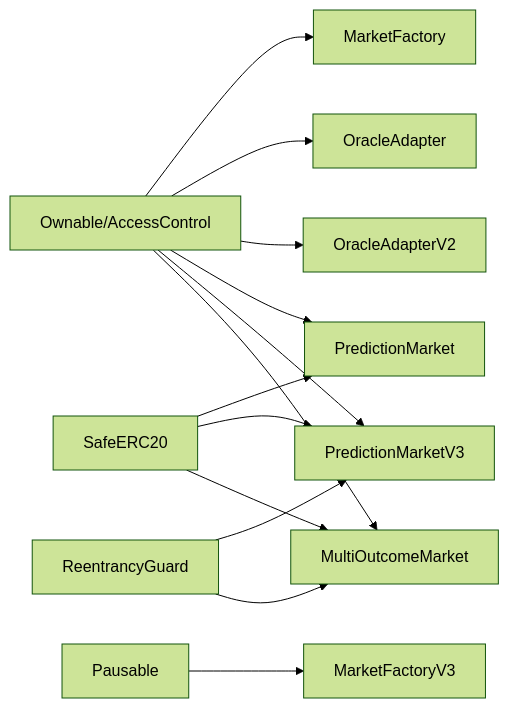
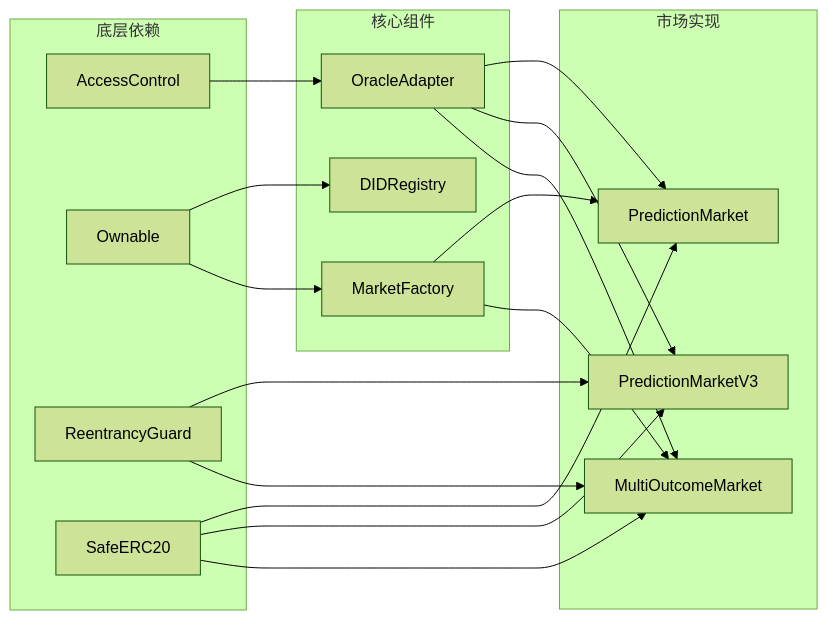
One commit to SimonHofman/PredictionDIDSimple changed diagram 11 of 11 in contracts/.qoder/repowiki/zh/content/架构设计/架构设计.md. Above: the diagram before and after it, drawn with Mermaid (forest theme). The commit also changed other lines of this file and 162 other files, not shown here.

````diff
--- a/contracts/.qoder/repowiki/zh/content/架构设计/架构设计.md
+++ b/contracts/.qoder/repowiki/zh/content/架构设计/架构设计.md
@@ -372,15 +422,32 @@
 ```mermaid
 graph LR
-OF["Ownable/AccessControl"] --> MF["MarketFactory"]
-OF --> OA["OracleAdapter"]
-OF --> OAV2["OracleAdapterV2"]
-OF --> PM["PredictionMarket"]
-OF --> PM3["PredictionMarketV3"]
-OF --> MUM["MultiOutcomeMarket"]
-PA["Pausable"] --> MF3["MarketFactoryV3"]
-RG["ReentrancyGuard"] --> PM3
-RG --> MUM
-SEC["SafeERC20"] --> PM
-SEC --> PM3
-SEC --> MUM
+subgraph "底层依赖"
+OZ_ACCESS[AccessControl]
+OZ_OWNABLE[Ownable]
+OZ_REENTRANCY[ReentrancyGuard]
+OZ_SAFEERC20[SafeERC20]
+end
+subgraph "核心组件"
+DID_REGISTRY[DIDRegistry]
+ORACLE_ADAPTER[OracleAdapter]
+MARKET_FACTORY[MarketFactory]
+end
+subgraph "市场实现"
+PM[PredictionMarket]
+PM3[PredictionMarketV3]
+MOM[MultiOutcomeMarket]
+end
+OZ_ACCESS --> ORACLE_ADAPTER
+OZ_OWNABLE --> DID_REGISTRY
+OZ_OWNABLE --> MARKET_FACTORY
+OZ_REENTRANCY --> PM3
+OZ_REENTRANCY --> MOM
+OZ_SAFEERC20 --> PM
+OZ_SAFEERC20 --> PM3
+OZ_SAFEERC20 --> MOM
+MARKET_FACTORY --> PM
+MARKET_FACTORY --> MOM
+ORACLE_ADAPTER --> PM
+ORACLE_ADAPTER --> PM3
+ORACLE_ADAPTER --> MOM
 ```
````
